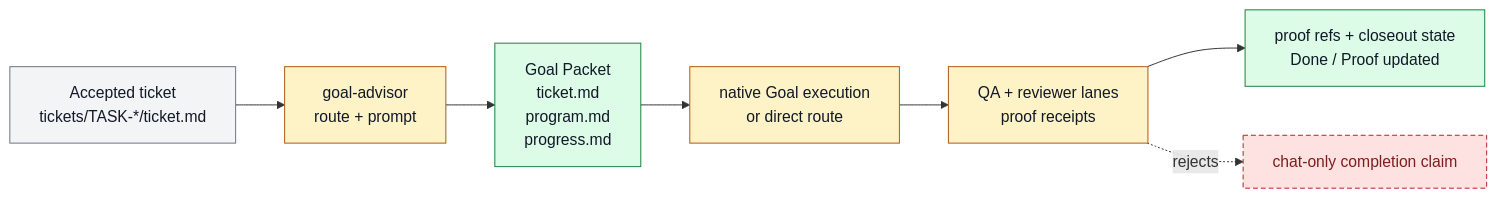
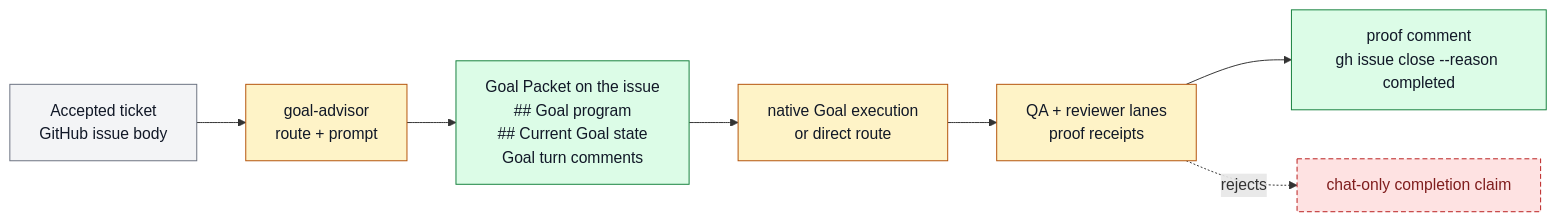
The diagram in docs/features/FEAT-0068-goal-backed-ticket-execution.md (ZanarkandTechnologies/Farplane), drawn with Mermaid before and after one commit. The commit also changed other lines of this file and 70 other files, not shown here.

First line of the commit message:
refactor(goal-advisor): Goal Packets live on the GitHub issue

````diff
--- a/docs/features/FEAT-0068-goal-backed-ticket-execution.md
+++ b/docs/features/FEAT-0068-goal-backed-ticket-execution.md
@@ -103,22 +105,22 @@
 ```mermaid
 flowchart LR
   classDef keep fill:#f3f4f6,stroke:#6b7280,color:#111827
   classDef changed fill:#fef3c7,stroke:#b45309,color:#111827
   classDef added fill:#dcfce7,stroke:#15803d,color:#111827
   classDef retired fill:#fee2e2,stroke:#b91c1c,color:#7f1d1d,stroke-dasharray: 5 3
 
-  accepted["Accepted ticket<br/>tickets/TASK-*/ticket.md"]:::keep
+  accepted["Accepted ticket<br/>GitHub issue body"]:::keep
   advisor["goal-advisor<br/>route + prompt"]:::changed
-  packet["Goal Packet<br/>ticket.md<br/>program.md<br/>progress.md"]:::added
+  packet["Goal Packet on the issue<br/>## Goal program<br/>## Current Goal state<br/>Goal turn comments"]:::added
   execute["native Goal execution<br/>or direct route"]:::changed
   gates["QA + reviewer lanes<br/>proof receipts"]:::changed
-  closeout["proof refs + closeout state<br/>Done / Proof updated"]:::added
+  closeout["proof comment<br/>gh issue close --reason completed"]:::added
   chatOnly["chat-only completion claim"]:::retired
 
   accepted --> advisor
   advisor --> packet
   packet --> execute
   execute --> gates
   gates --> closeout
   gates -. rejects .-> chatOnly
 ```
````
